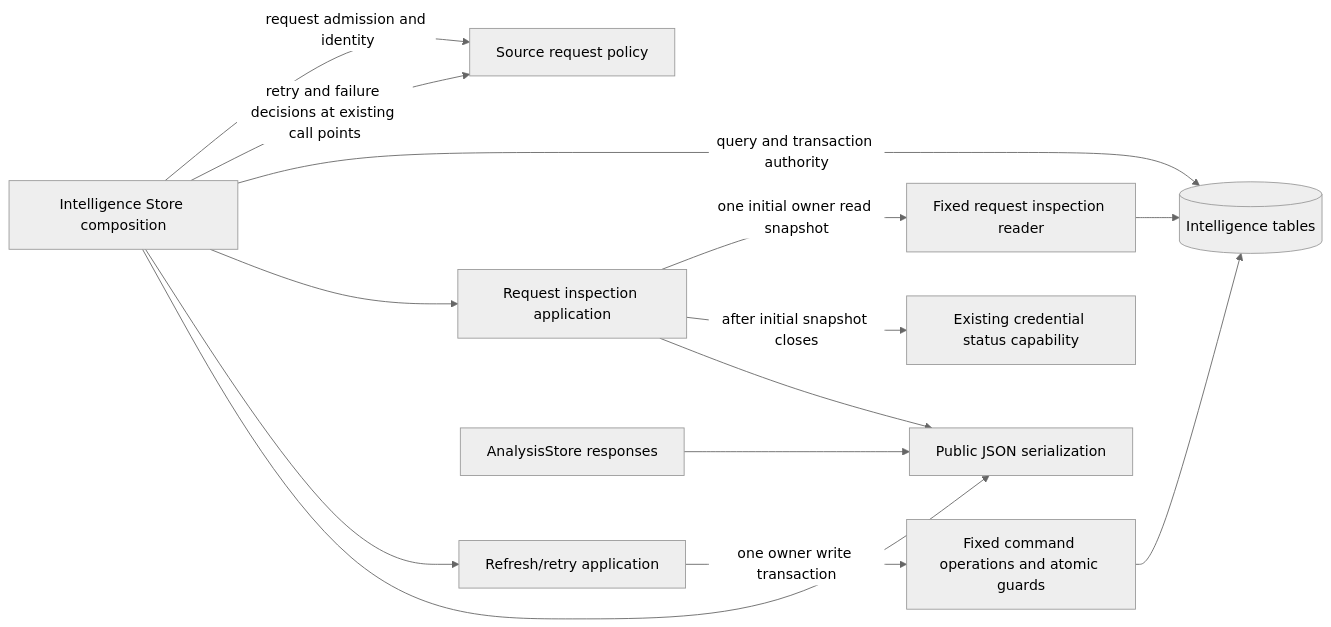
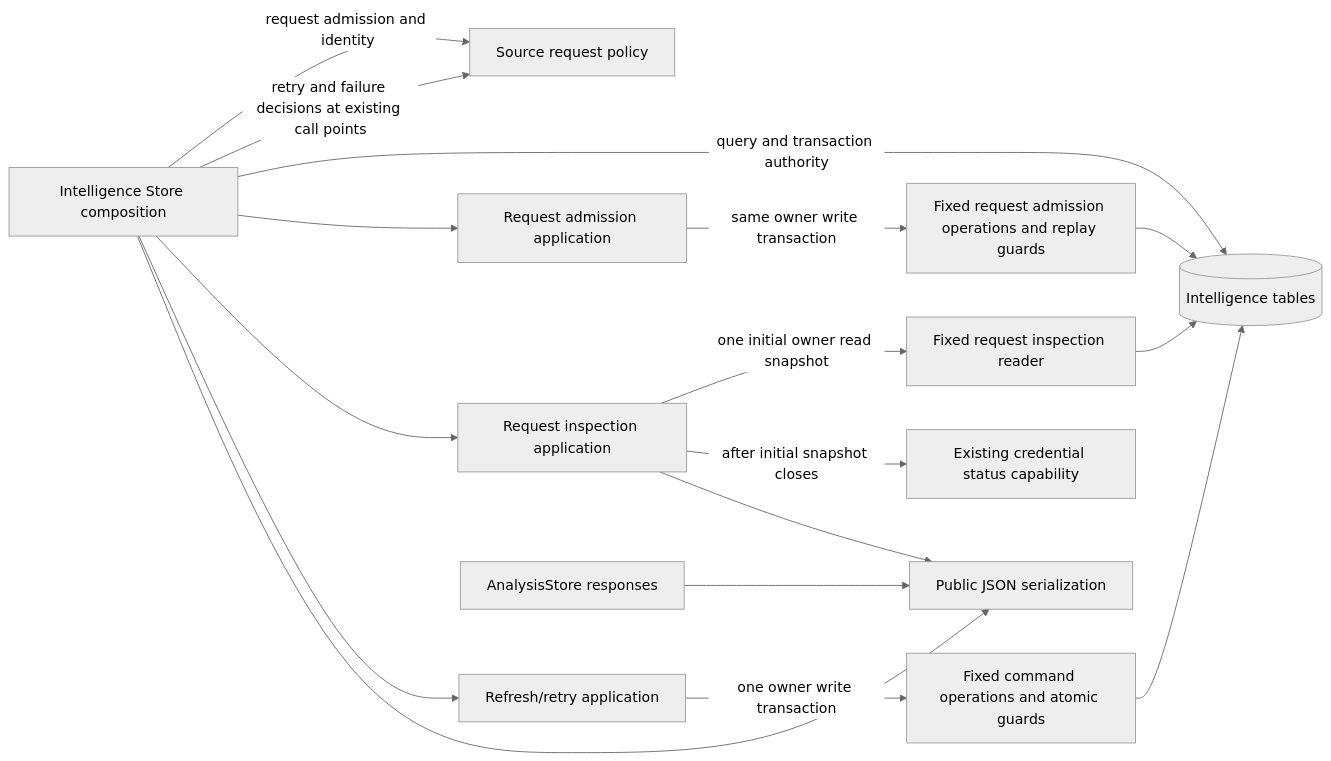
Before and after one commit to aaweaver-actuary/tempo: the first of 3 diagrams in services/intelligence/README.md, drawn with Mermaid (neutral theme). The commit also changed other lines of this file and 11 other files, not shown here.

Commit message:
Separate Intelligence source admission and provider application sequences

````diff
--- a/services/intelligence/README.md
+++ b/services/intelligence/README.md
@@ -33,16 +33,19 @@
 ```mermaid
 flowchart LR
   store[Intelligence Store composition] -->|request admission and identity| policy[Source request policy]
   store -->|retry and failure decisions at existing call points| policy
   store -->|query and transaction authority| tables[(Intelligence tables)]
+  store --> admission[Request admission application]
+  admission -->|same owner write transaction| admit[Fixed request admission operations and replay guards]
+  admit --> tables
   store --> inspection[Request inspection application]
   inspection -->|one initial owner read snapshot| reader[Fixed request inspection reader]
   reader --> tables
   inspection -->|after initial snapshot closes| credentials[Existing credential status capability]
   inspection --> serializer
   store --> commands[Refresh/retry application]
   commands -->|one owner write transaction| writer[Fixed command operations and atomic guards]
   writer --> tables
   store --> serializer[Public JSON serialization]
   analysis[AnalysisStore responses] --> serializer
 ```
````
